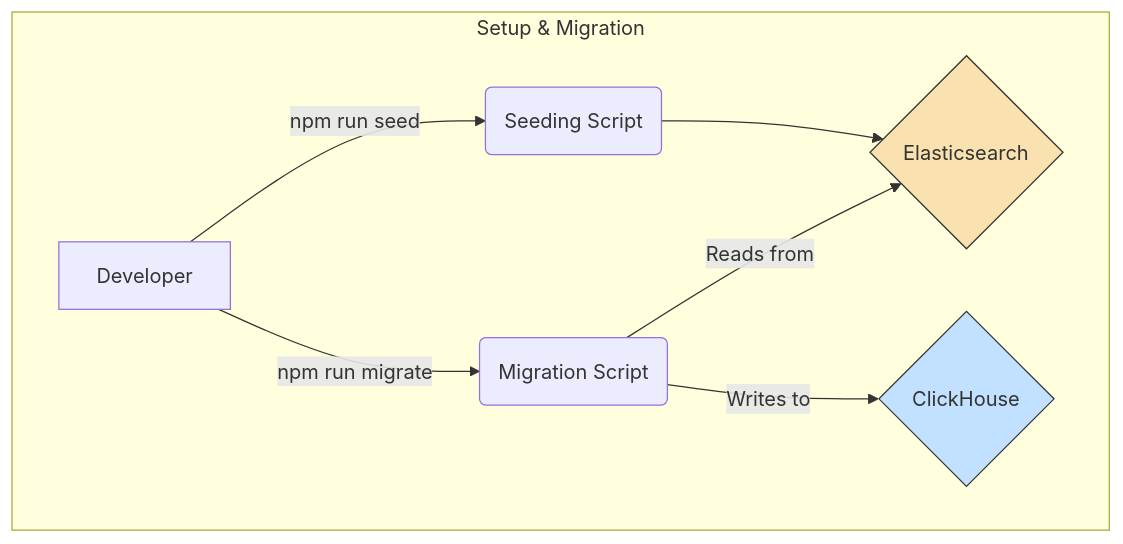
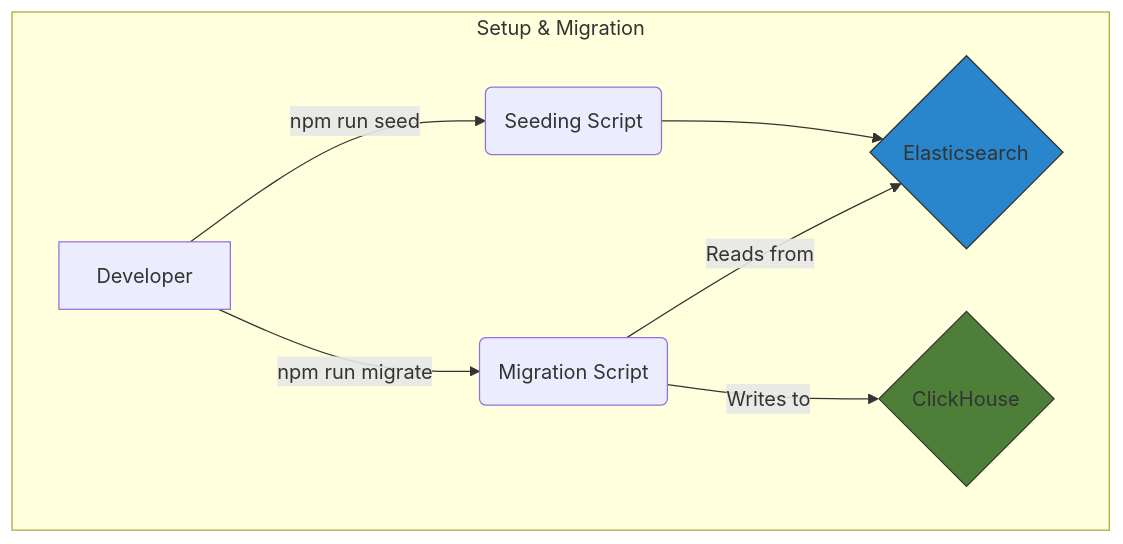
One commit to Mykhailo-Zub/clickhouse_data_transfer changed the diagram in README.md. Above: the diagram before and after it, drawn with Mermaid.

Commit message:
fix: update README.md styles for better visibility

````diff
--- a/README.md
+++ b/README.md
@@ -21,13 +21,13 @@
 ```mermaid
 graph TD
     subgraph "Setup & Migration"
         A[Developer] -->|npm run seed| B(Seeding Script);
         B --> C{Elasticsearch};
         A -->|npm run migrate| D(Migration Script);
         D -- "Reads from" --> C;
         D -- "Writes to" --> E{ClickHouse};
     end
 
-    style C fill:#F9E2AF,stroke:#333
-    style E fill:#C2E0FF,stroke:#333
+    style C fill:#2986CC,stroke:#333
+    style E fill:#4E7F38,stroke:#333
 ```
````
